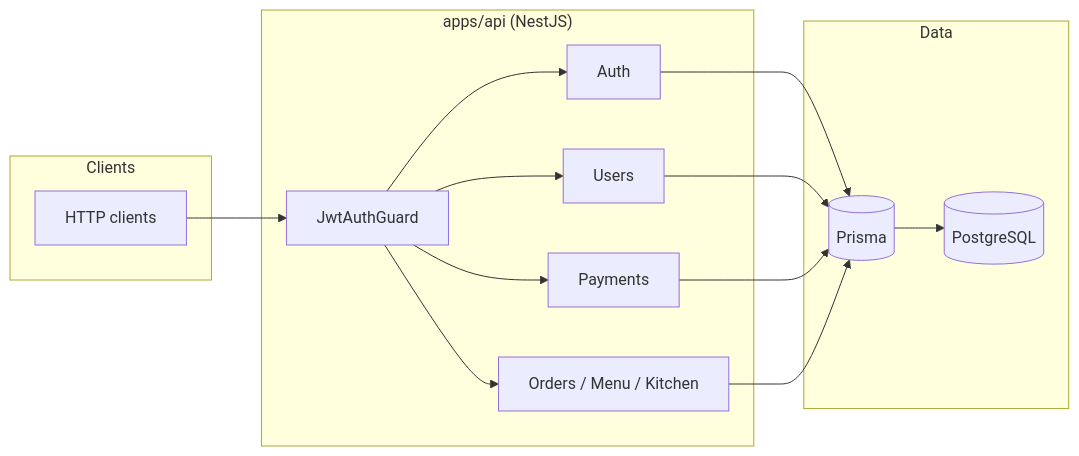
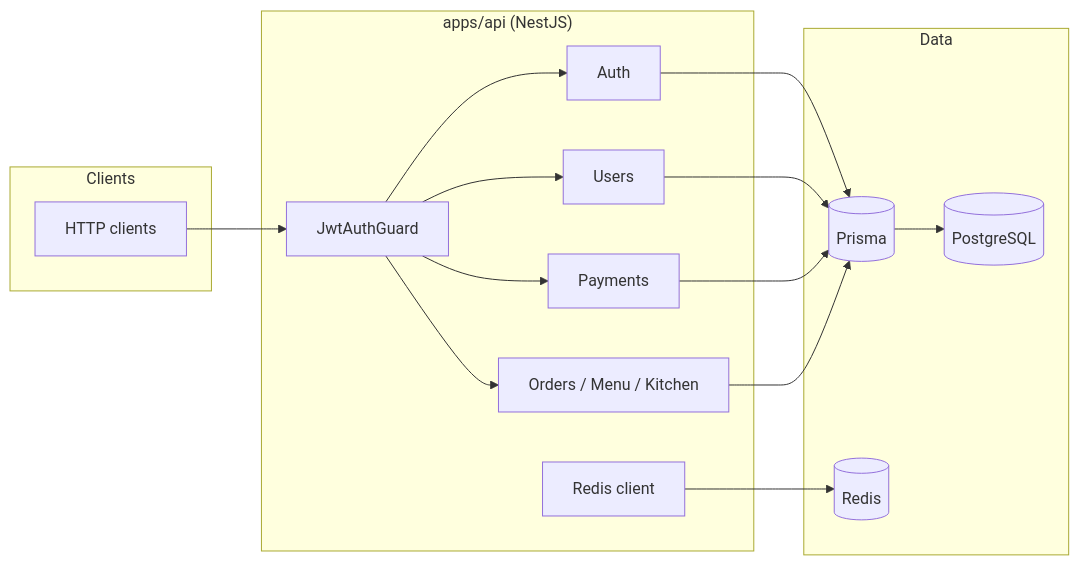
One commit to yildirimhalil/kiosk-system changed the diagram in README.md. Above: the diagram before and after it, drawn with Mermaid. The commit also changed other lines of this file and 1 other file, not shown here.

First line of the commit message:
docs: align README and .env.example with Redis, cache, and rate limits

````diff
--- a/README.md
+++ b/README.md
@@ -51,30 +53,33 @@
 ```mermaid
 flowchart LR
   subgraph Clients
     H[HTTP clients]
   end
 
   subgraph API["apps/api (NestJS)"]
     G[JwtAuthGuard]
     A[Auth]
     U[Users]
     P[Payments]
     O[Orders / Menu / Kitchen]
+    RS[Redis client]
   end
 
   subgraph Data
     PR[(Prisma)]
     DB[(PostgreSQL)]
+    RD[(Redis)]
   end
 
   H --> G
   G --> A
   G --> U
   G --> P
   G --> O
   A --> PR
   U --> PR
   P --> PR
   O --> PR
   PR --> DB
+  RS --> RD
 ```
````
